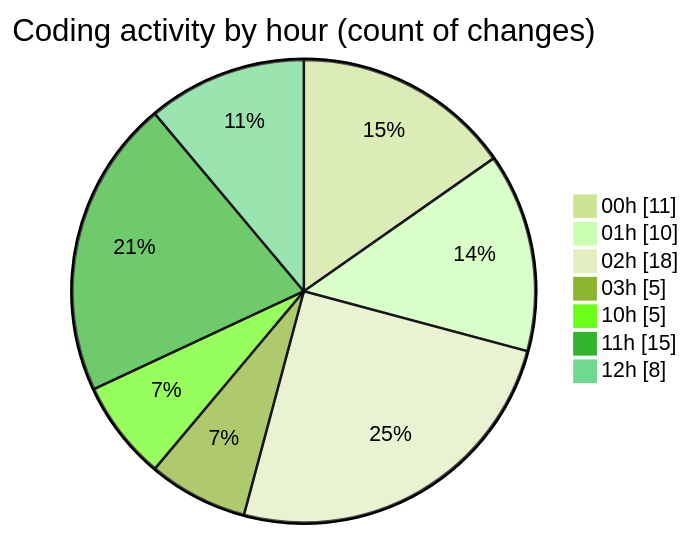
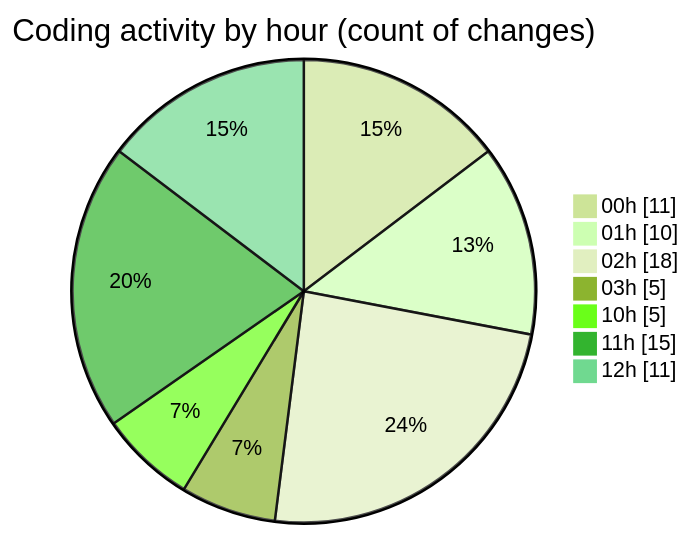
Before and after one commit to julien-gomy/code-tracking: the second of 2 diagrams in 2025-11-02/cdp_aleoudev_fr__workspace_/README.md, drawn with Mermaid (forest theme). The commit also changed other lines of this file and 1 other file, not shown here.

````diff
--- a/2025-11-02/cdp_aleoudev_fr__workspace_/README.md
+++ b/2025-11-02/cdp_aleoudev_fr__workspace_/README.md
@@ -34,11 +34,11 @@
 ```mermaid
 pie showData
 title Coding activity by hour (count of changes)
 "00h" : 11
 "01h" : 10
 "02h" : 18
 "03h" : 5
 "10h" : 5
 "11h" : 15
-"12h" : 8
+"12h" : 11
 ```
````
